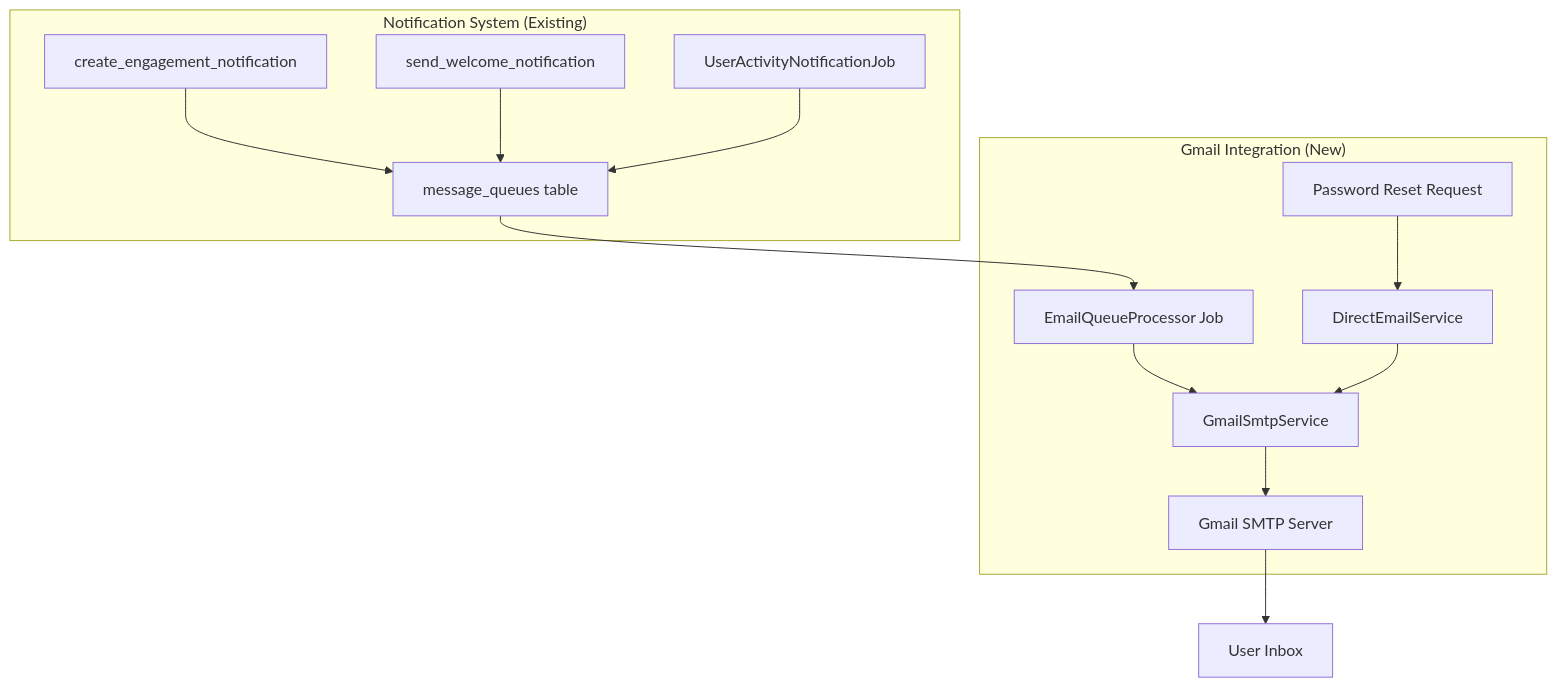
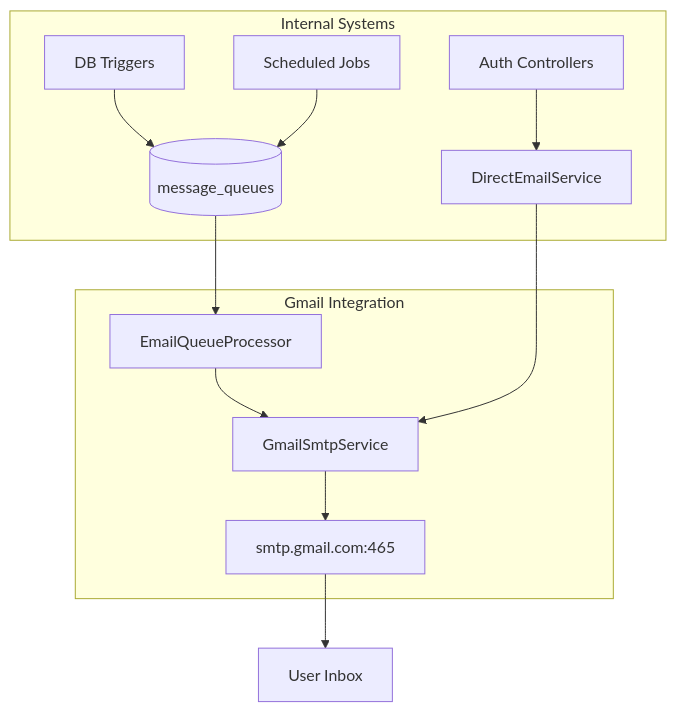
The diagram in backend/backend/docs/implementation/GMAIL-SMTP.md (Abdallah-A-Raafat/Nuralhealer), drawn with Mermaid before and after one commit. The commit also changed other lines of this file and 10 other files, not shown here.

First line of the commit message:
Integrate Gmail SMTP lifecycle email delivery -> message queue table holder

````diff
--- a/backend/backend/docs/implementation/GMAIL-SMTP.md
+++ b/backend/backend/docs/implementation/GMAIL-SMTP.md
@@ -35,20 +36,17 @@
 ```mermaid
 graph TD
-    subgraph "Notification System (Existing)"
-        N1[create_engagement_notification] --> MQ[message_queues table]
-        N2[send_welcome_notification] --> MQ
-        N3[UserActivityNotificationJob] --> MQ
+    subgraph "Internal Systems"
+        A[DB Triggers] --> MQ[(message_queues)]
+        B[Scheduled Jobs] --> MQ
+        C[Auth Controllers] --> DES[DirectEmailService]
     end
     
-    subgraph "Gmail Integration (New)"
-        MQ --> Processor[EmailQueueProcessor Job]
-        Processor --> SMTP[GmailSmtpService]
-        
-        Direct[Password Reset Request] --> DirectSvc[DirectEmailService]
-        DirectSvc --> SMTP
-        
-        SMTP --> Gmail[Gmail SMTP Server]
+    subgraph "Gmail Integration"
+        MQ --> EQP[EmailQueueProcessor]
+        EQP --> GSS[GmailSmtpService]
+        DES --> GSS
+        GSS --> SMTP[smtp.gmail.com:465]
     end
     
-    Gmail --> User[User Inbox]
+    SMTP --> Inbox[User Inbox]
 ```
````
